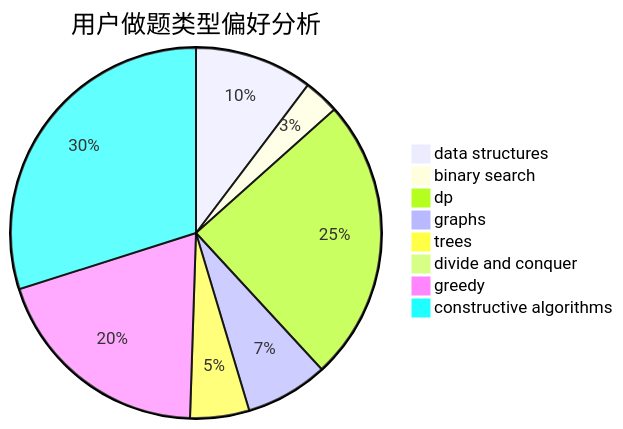
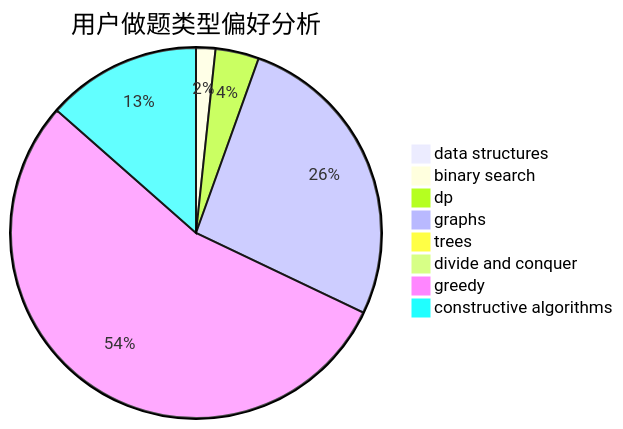
One commit to sherpahu/cfrs.github.io changed the second of 3 diagrams in docs/user/u2440.md. Above: the diagram before and after it, drawn with Mermaid. The commit also changed other lines of this file and 2770 other files, not shown here.

````diff
--- a/docs/user/u2440.md
+++ b/docs/user/u2440.md
@@ -23,11 +23,11 @@
 ```mermaid
 pie title 用户做题类型偏好分析
-    "data structures" :  10
-    "binary search" :  3
-    "dp" :  24
-    "graphs" :  7
-    "trees" :  5
-    "divide and conquer" :  0
-    "greedy" :  19
-    "constructive algorithms" :  29
+    "data structures" :  1
+    "binary search" :  4
+    "dp" :  9
+    "graphs" :  63
+    "trees" :  0
+    "divide and conquer" :  1
+    "greedy" :  129
+    "constructive algorithms" :  32
 ```
````
